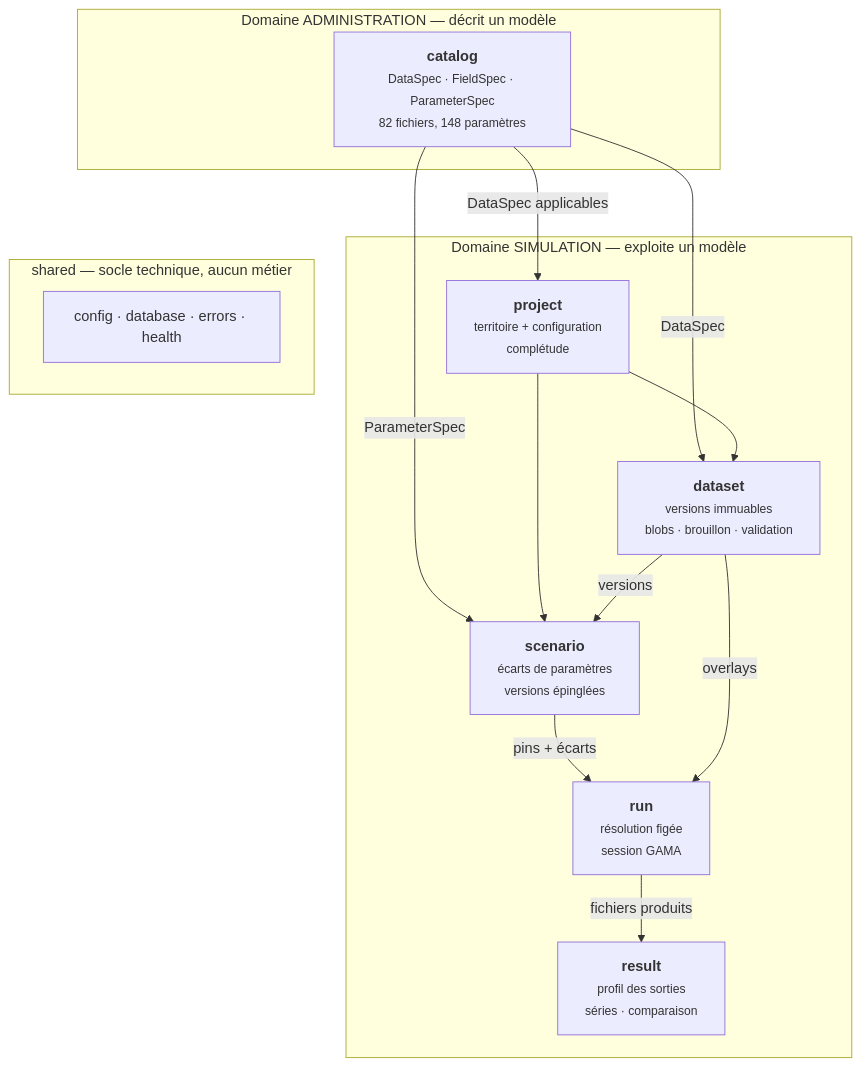
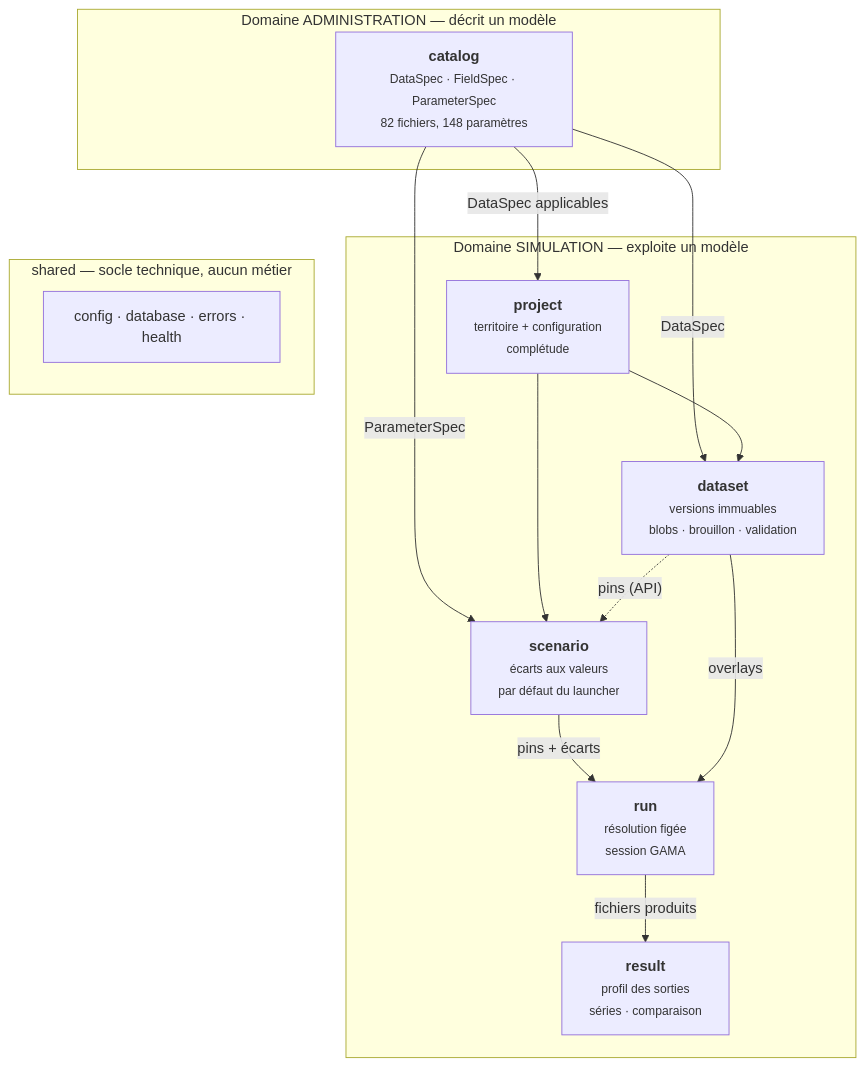
Before and after one commit to cakane95/headless-maelia: the first of 9 diagrams in docs/docs/architecture/backend-domaines.md, drawn with Mermaid. The commit also changed other lines of this file and 19 other files, not shown here.

````diff
--- a/docs/docs/architecture/backend-domaines.md
+++ b/docs/docs/architecture/backend-domaines.md
@@ -18,30 +18,30 @@
 ```mermaid
 flowchart TB
     subgraph ADMIN["Domaine ADMINISTRATION — décrit un modèle"]
         catalog["<b>catalog</b><br/><small>DataSpec · FieldSpec · ParameterSpec<br/>82 fichiers, 148 paramètres</small>"]
     end
 
     subgraph SIMU["Domaine SIMULATION — exploite un modèle"]
         project["<b>project</b><br/><small>territoire + configuration<br/>complétude</small>"]
         dataset["<b>dataset</b><br/><small>versions immuables<br/>blobs · brouillon · validation</small>"]
-        scenario["<b>scenario</b><br/><small>écarts de paramètres<br/>versions épinglées</small>"]
+        scenario["<b>scenario</b><br/><small>écarts aux valeurs<br/>par défaut du launcher</small>"]
         run["<b>run</b><br/><small>résolution figée<br/>session GAMA</small>"]
         result["<b>result</b><br/><small>profil des sorties<br/>séries · comparaison</small>"]
     end
 
     subgraph SOCLE["shared — socle technique, aucun métier"]
         infra["config · database · errors · health"]
     end
 
     catalog -->|"DataSpec"| dataset
     catalog -->|"DataSpec applicables"| project
     catalog -->|"ParameterSpec"| scenario
     project --> dataset
     project --> scenario
-    dataset -->|"versions"| scenario
+    dataset -.->|"pins (API)"| scenario
     scenario -->|"pins + écarts"| run
     dataset -->|"overlays"| run
     run -->|"fichiers produits"| result
 
     ADMIN ~~~ SOCLE
 ```
````
